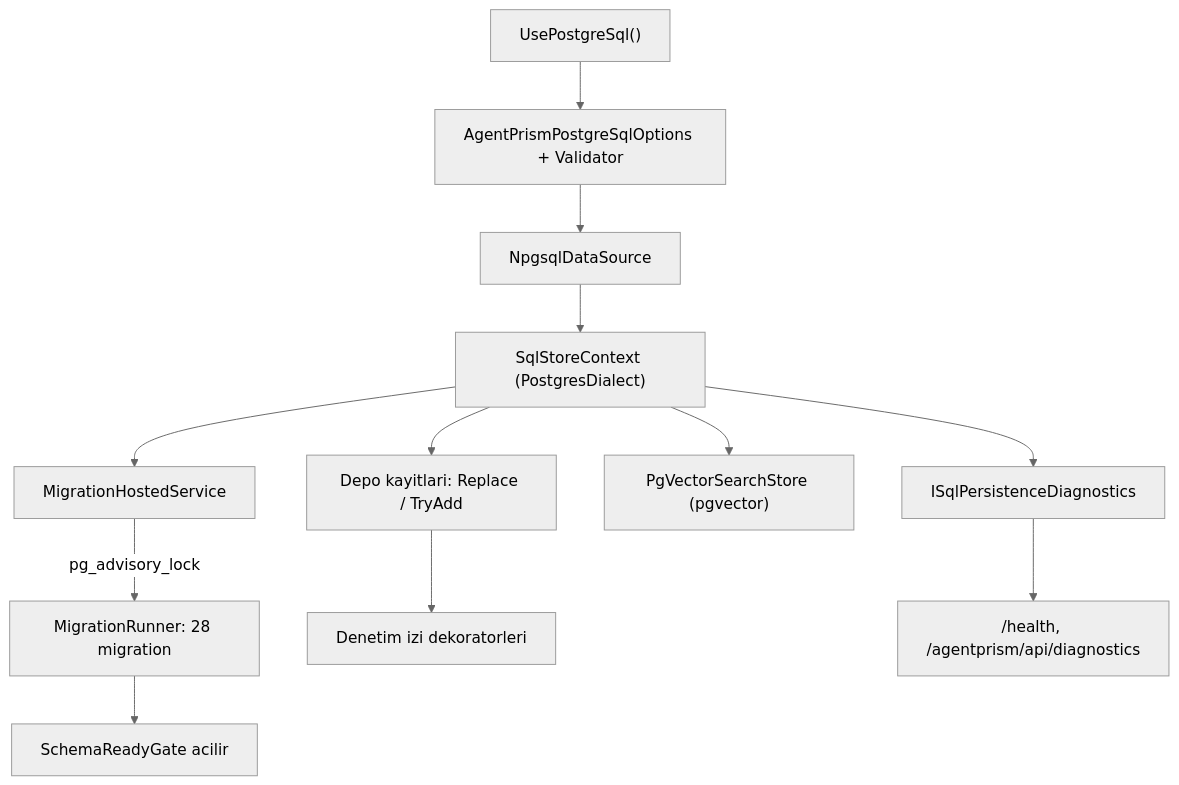
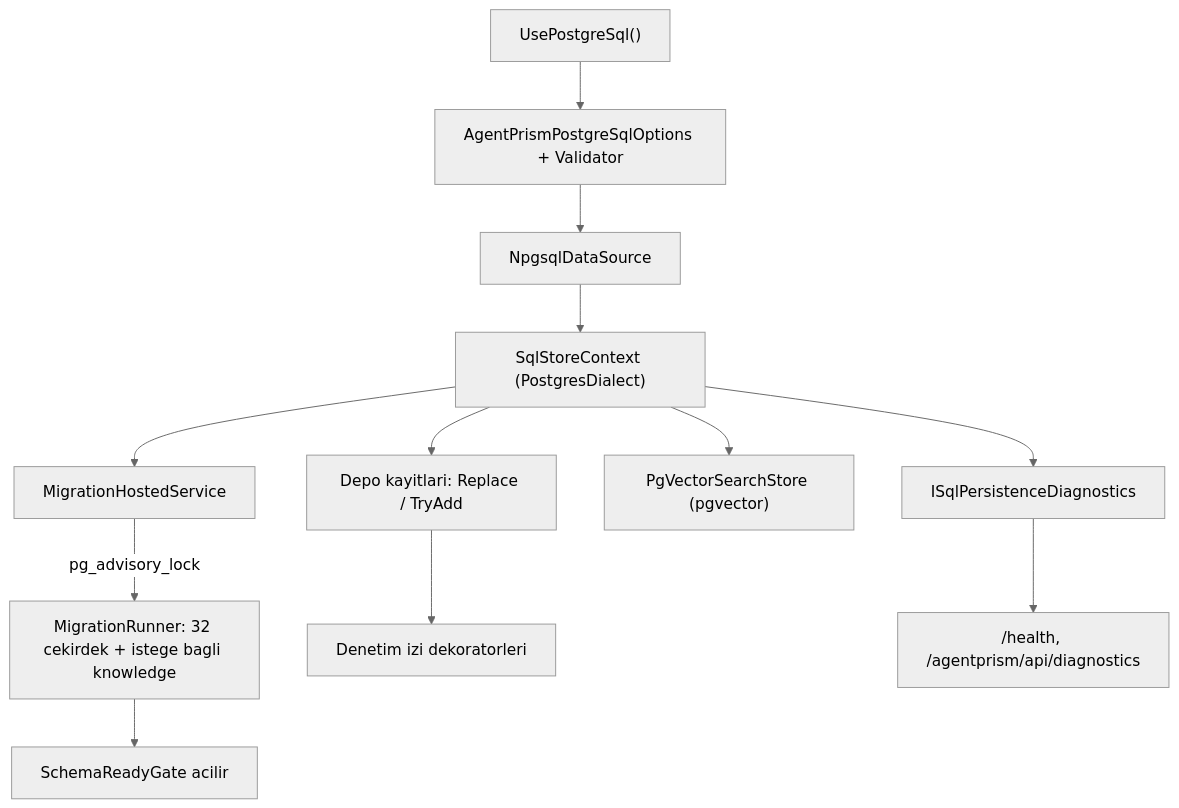
The diagram in docs/manuel-test/03-KALICILIK-POSTGRESQL.md (farukatasoy/Tracon), drawn with Mermaid (neutral theme) before and after one commit. The commit also changed other lines of this file and 39 other files, not shown here.

````diff
--- a/docs/manuel-test/03-KALICILIK-POSTGRESQL.md
+++ b/docs/manuel-test/03-KALICILIK-POSTGRESQL.md
@@ -33,14 +33,14 @@
 ```mermaid
 flowchart TD
     A["UsePostgreSql()"] --> B["AgentPrismPostgreSqlOptions + Validator"]
     B --> C["NpgsqlDataSource"]
     C --> D["SqlStoreContext (PostgresDialect)"]
     D --> E["MigrationHostedService"]
-    E -->|"pg_advisory_lock"| F["MigrationRunner: 28 migration"]
+    E -->|"pg_advisory_lock"| F["MigrationRunner: 32 cekirdek + istege bagli knowledge"]
     F --> G["SchemaReadyGate acilir"]
     D --> H["Depo kayitlari: Replace / TryAdd"]
     H --> I["Denetim izi dekoratorleri"]
     D --> J["PgVectorSearchStore (pgvector)"]
     D --> K["ISqlPersistenceDiagnostics"]
     K --> L["/health, /agentprism/api/diagnostics"]
 ```
````
